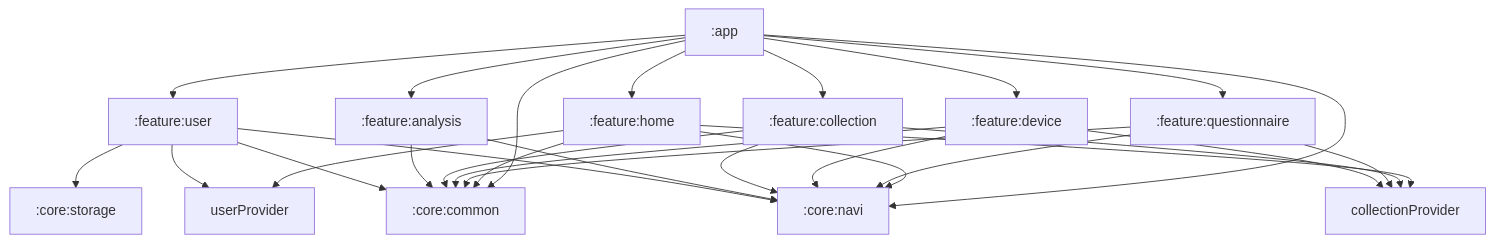
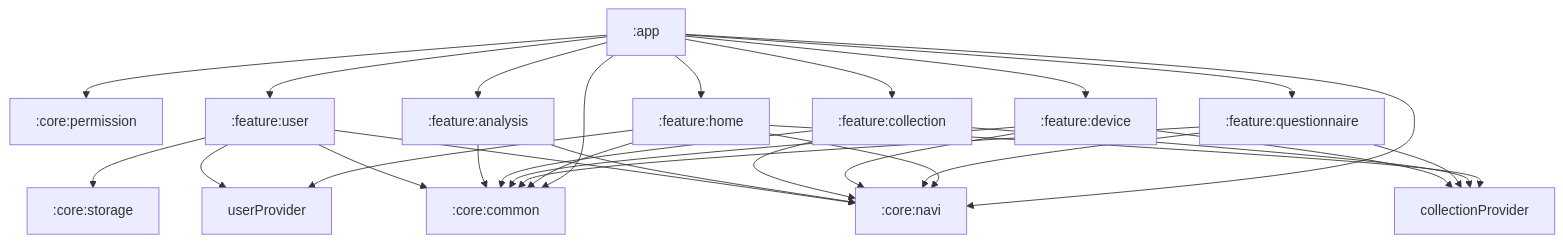
Before and after one commit to hooierayi/vitalhub: the diagram in docs/architecture/index.md, drawn with Mermaid. The commit also changed other lines of this file and 20 other files, not shown here.

````diff
--- a/docs/architecture/index.md
+++ b/docs/architecture/index.md
@@ -36,30 +36,31 @@
 ```mermaid
 graph TD
     app[":app"] --> common[":core:common"]
     app --> navi[":core:navi"]
+    app --> permission[":core:permission"]
     userFeature --> storage[":core:storage"]
     app --> home[":feature:home"]
     app --> userFeature[":feature:user"]
     app --> questionnaire[":feature:questionnaire"]
     app --> device[":feature:device"]
     app --> collection[":feature:collection"]
     app --> analysis[":feature:analysis"]
     home --> common
     home --> navi
     home --> userProvider
     home --> collectionProvider
     questionnaire --> common
     questionnaire --> navi
     device --> common
     device --> navi
     collection --> common
     collection --> navi
     collection --> collectionProvider
     questionnaire --> collectionProvider
     device --> collectionProvider
     analysis --> common
     analysis --> navi
     userFeature --> common
     userFeature --> navi
     userFeature --> userProvider
 ```
````
